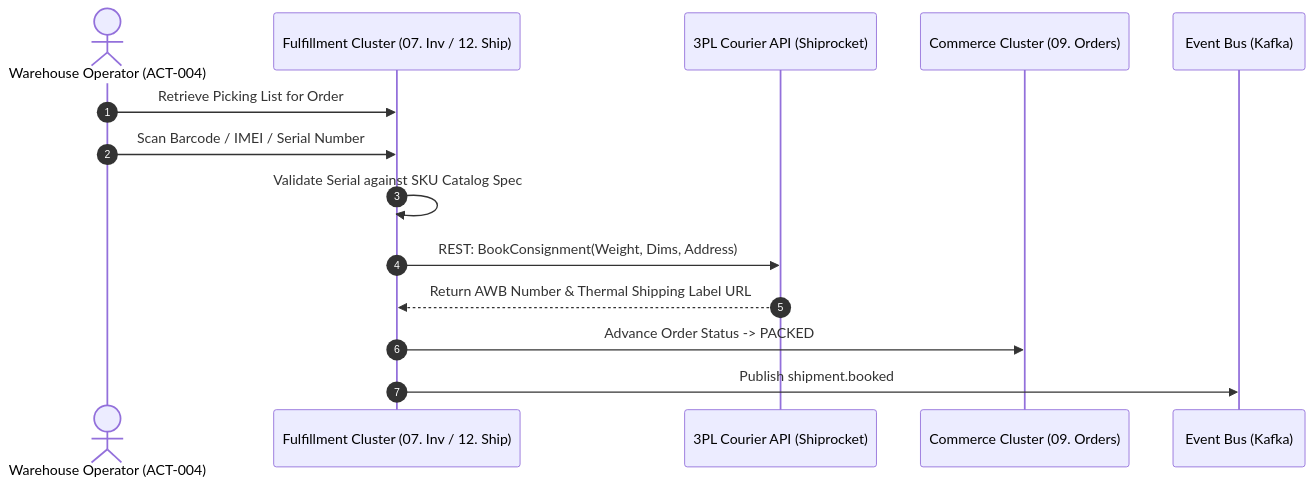
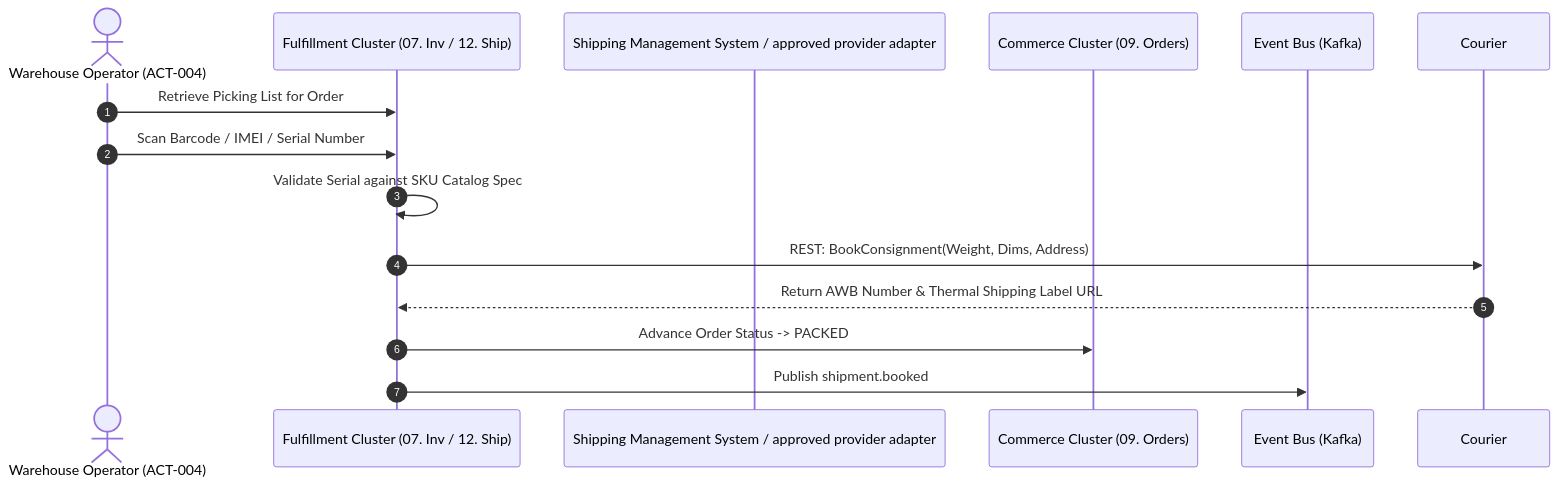
The eighth of 17 diagrams in docs/00-requirements/review/arch-04-service-interactions-draft.md (ezhilselvan1109/chellaa-system), drawn with Mermaid before and after one commit.

Commit message:
docs(architecture): align recorded decisions and remove provider assumptions

````diff
--- a/docs/00-requirements/review/arch-04-service-interactions-draft.md
+++ b/docs/00-requirements/review/arch-04-service-interactions-draft.md
@@ -255,17 +255,17 @@
 ```mermaid
 sequenceDiagram
   autonumber
   actor Operator as Warehouse Operator (ACT-004)
   participant Fulfillment as Fulfillment Cluster (07. Inv / 12. Ship)
-  participant Courier as 3PL Courier API (Shiprocket)
+  participant Shipping as Shipping Management System / approved provider adapter
   participant Commerce as Commerce Cluster (09. Orders)
   participant EventBus as Event Bus (Kafka)
 
   Operator->>Fulfillment: Retrieve Picking List for Order
   Operator->>Fulfillment: Scan Barcode / IMEI / Serial Number
   Fulfillment->>Fulfillment: Validate Serial against SKU Catalog Spec
   Fulfillment->>Courier: REST: BookConsignment(Weight, Dims, Address)
   Courier-->>Fulfillment: Return AWB Number & Thermal Shipping Label URL
   Fulfillment->>Commerce: Advance Order Status -> PACKED
   Fulfillment->>EventBus: Publish shipment.booked
 ```
````
